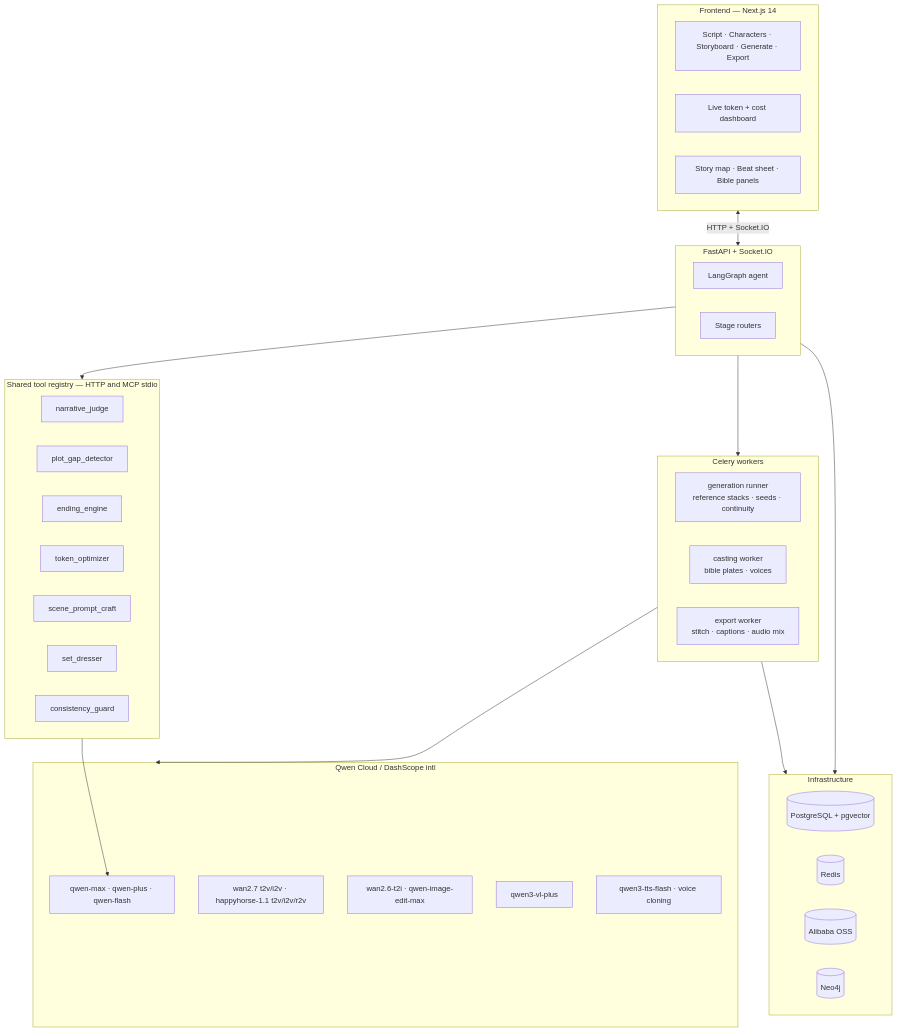
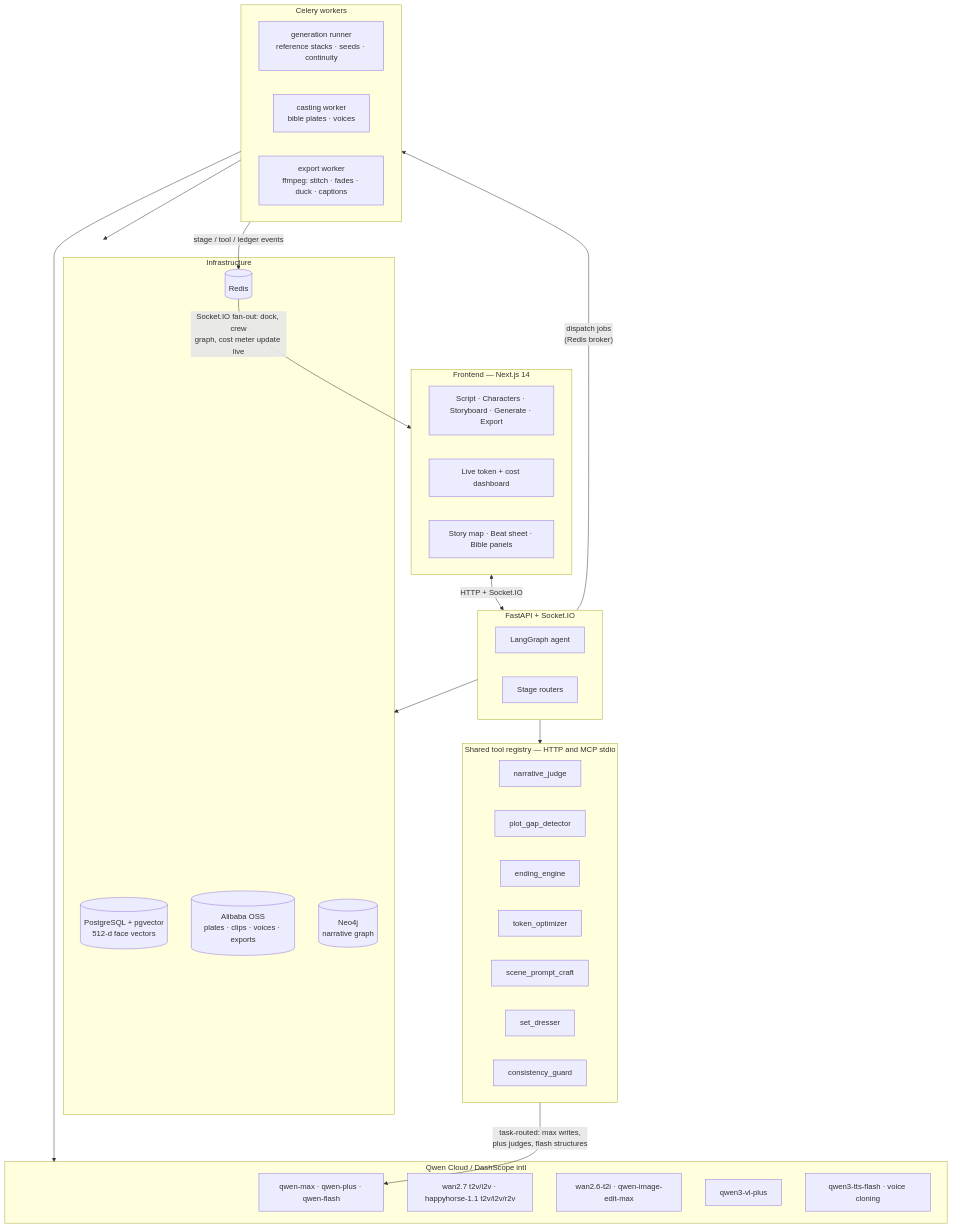
Before and after one commit to RextonRZ/Rexgent: the second of 3 diagrams in README.md, drawn with Mermaid. The commit also changed other lines of this file, not shown here.

Commit message:
docs: fix clone URL (RextonRZ), label the live event fan-out + model routing on the architecture diagram, add physical ECS deployment diagram + verification note

````diff
--- a/README.md
+++ b/README.md
@@ -82,42 +82,44 @@
 ```mermaid
 flowchart TB
     subgraph FE[Frontend — Next.js 14]
         UI[Script · Characters · Storyboard · Generate · Export]
         TD[Live token + cost dashboard]
         SM[Story map · Beat sheet · Bible panels]
     end
     FE <-- "HTTP + Socket.IO" --> API
 
     subgraph API[FastAPI + Socket.IO]
         AG[LangGraph agent]
         RT[Stage routers]
     end
 
     subgraph TOOLS[Shared tool registry — HTTP and MCP stdio]
         NJ[narrative_judge] & PG[plot_gap_detector] & EE[ending_engine]
         TO[token_optimizer] & SP[scene_prompt_craft] & SD[set_dresser] & CG[consistency_guard]
     end
     API --> TOOLS
 
     subgraph WK[Celery workers]
         GEN[generation runner<br/>reference stacks · seeds · continuity]
         CASTW[casting worker<br/>bible plates · voices]
-        EXP[export worker<br/>stitch · captions · audio mix]
+        EXP[export worker<br/>ffmpeg: stitch · fades · duck · captions]
     end
-    API --> WK
+    API -- "dispatch jobs<br/>(Redis broker)" --> WK
 
     subgraph QWEN[Qwen Cloud / DashScope intl]
         LLM[qwen-max · qwen-plus · qwen-flash]
         VID[wan2.7 t2v/i2v · happyhorse-1.1 t2v/i2v/r2v]
         IMG[wan2.6-t2i · qwen-image-edit-max]
         VL[qwen3-vl-plus] & TTS[qwen3-tts-flash · voice cloning]
     end
-    TOOLS --> LLM
+    TOOLS -- "task-routed: max writes,<br/>plus judges, flash structures" --> LLM
     WK --> QWEN
 
     subgraph INFRA[Infrastructure]
-        PG2[(PostgreSQL + pgvector)] & RD[(Redis)] & OSS[(Alibaba OSS)] & N4J[(Neo4j)]
+        PG2[(PostgreSQL + pgvector<br/>512-d face vectors)] & RD[(Redis)] & OSS[(Alibaba OSS<br/>plates · clips · voices · exports)] & N4J[(Neo4j<br/>narrative graph)]
     end
     API --> INFRA
     WK --> INFRA
+    WK -- "stage / tool / ledger events" --> RD
+    RD -- "Socket.IO fan-out: dock, crew<br/>graph, cost meter update live" --> FE
 ```
````
